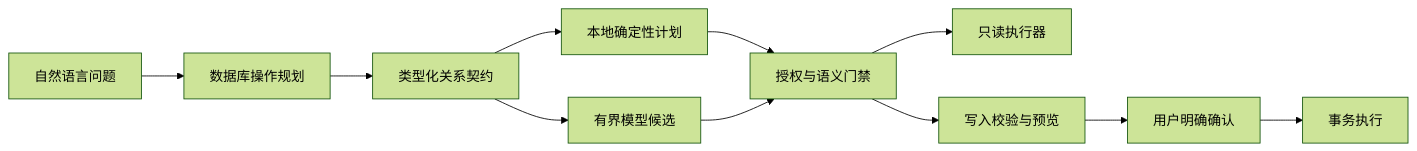
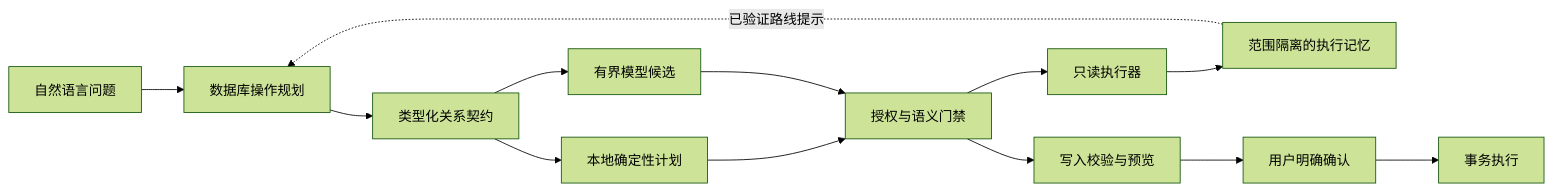
The diagram in README.zh-CN.md (jamesdffgy-source/DB-Agent), drawn with Mermaid (forest theme) before and after one commit. The commit also changed other lines of this file and 15 other files, not shown here.

````diff
--- a/README.zh-CN.md
+++ b/README.zh-CN.md
@@ -80,13 +80,15 @@
 ```mermaid
 flowchart LR
     Q[自然语言问题] --> P[数据库操作规划]
     P --> C[类型化关系契约]
     C --> N[本地确定性计划]
     C --> M[有界模型候选]
     N --> G[授权与语义门禁]
     M --> G
     G --> R[只读执行器]
+    R --> E[范围隔离的执行记忆]
+    E -. 已验证路线提示 .-> P
     G --> W[写入校验与预览]
     W --> U[用户明确确认]
     U --> T[事务执行]
 ```
````
